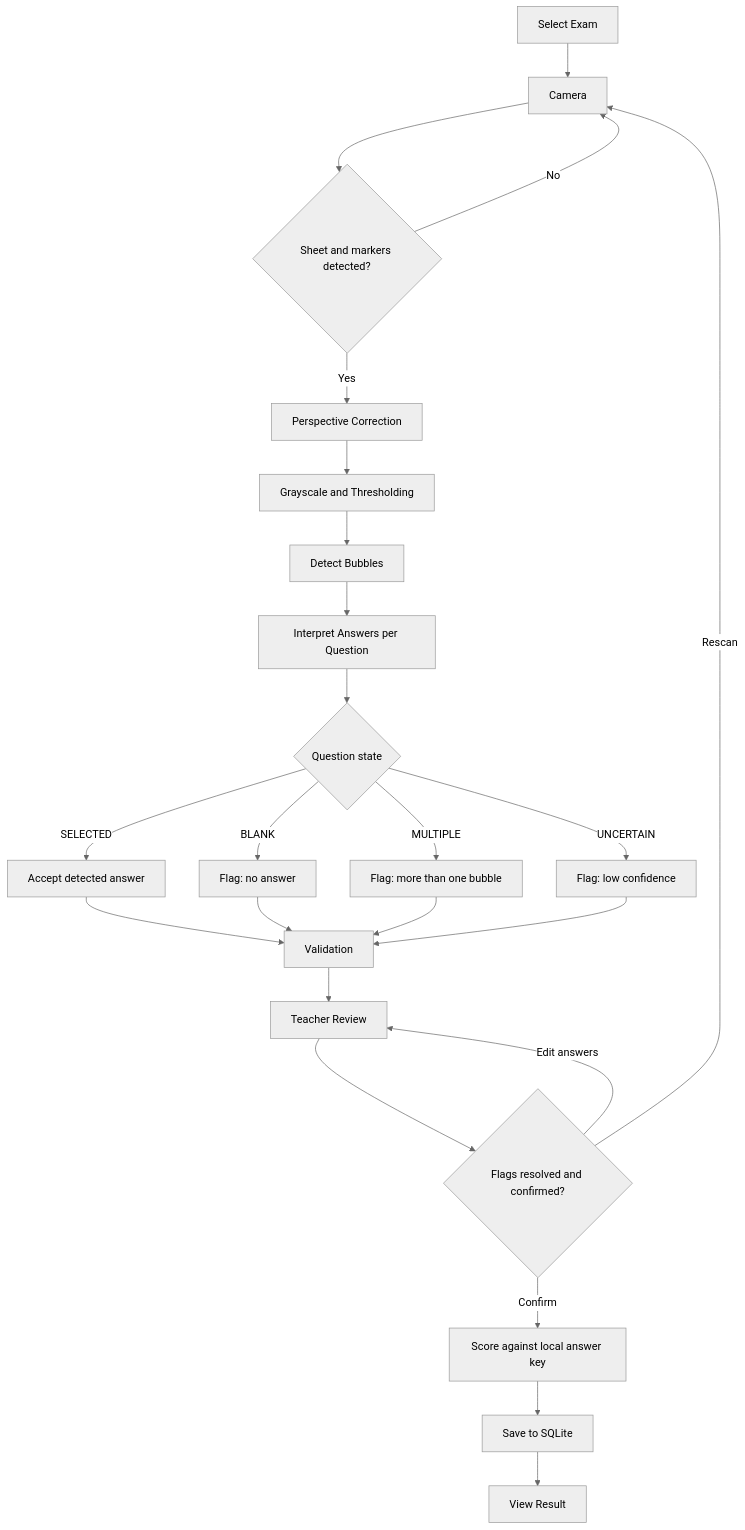
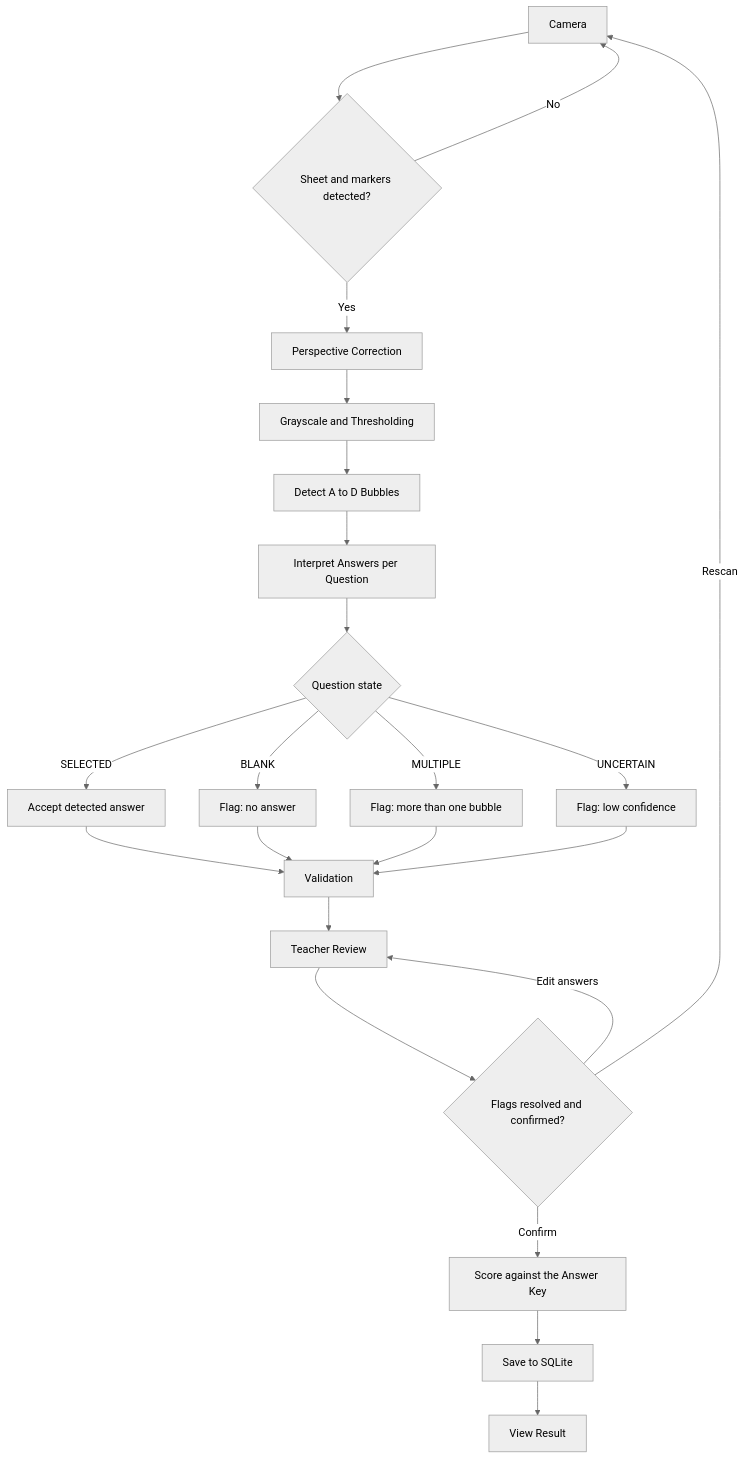
The ninth of 11 diagrams in docs/diagrams.md (nicolaseugenio2022-cyber/answer-checker), drawn with Mermaid (neutral theme) before and after one commit. The commit also changed other lines of this file and 6 other files, not shown here.

````diff
--- a/docs/diagrams.md
+++ b/docs/diagrams.md
@@ -59,26 +286,25 @@
 ```mermaid
 flowchart TD
-    A["Select Exam"] --> B["Camera"]
-    B --> C{"Sheet and markers detected?"}
+    B["Camera"] --> C{"Sheet and markers detected?"}
     C -- No --> B
     C -- Yes --> D["Perspective Correction"]
     D --> E["Grayscale and Thresholding"]
-    E --> F["Detect Bubbles"]
+    E --> F["Detect A to D Bubbles"]
     F --> G["Interpret Answers per Question"]
     G --> H{"Question state"}
     H -- SELECTED --> I["Accept detected answer"]
     H -- BLANK --> J["Flag: no answer"]
     H -- MULTIPLE --> K["Flag: more than one bubble"]
     H -- UNCERTAIN --> L["Flag: low confidence"]
     I --> M["Validation"]
     J --> M
     K --> M
     L --> M
     M --> N["Teacher Review"]
     N --> O{"Flags resolved and confirmed?"}
     O -- "Edit answers" --> N
     O -- Rescan --> B
-    O -- Confirm --> P["Score against local answer key"]
+    O -- Confirm --> P["Score against the Answer Key"]
     P --> Q["Save to SQLite"]
     Q --> R["View Result"]
 ```
````
